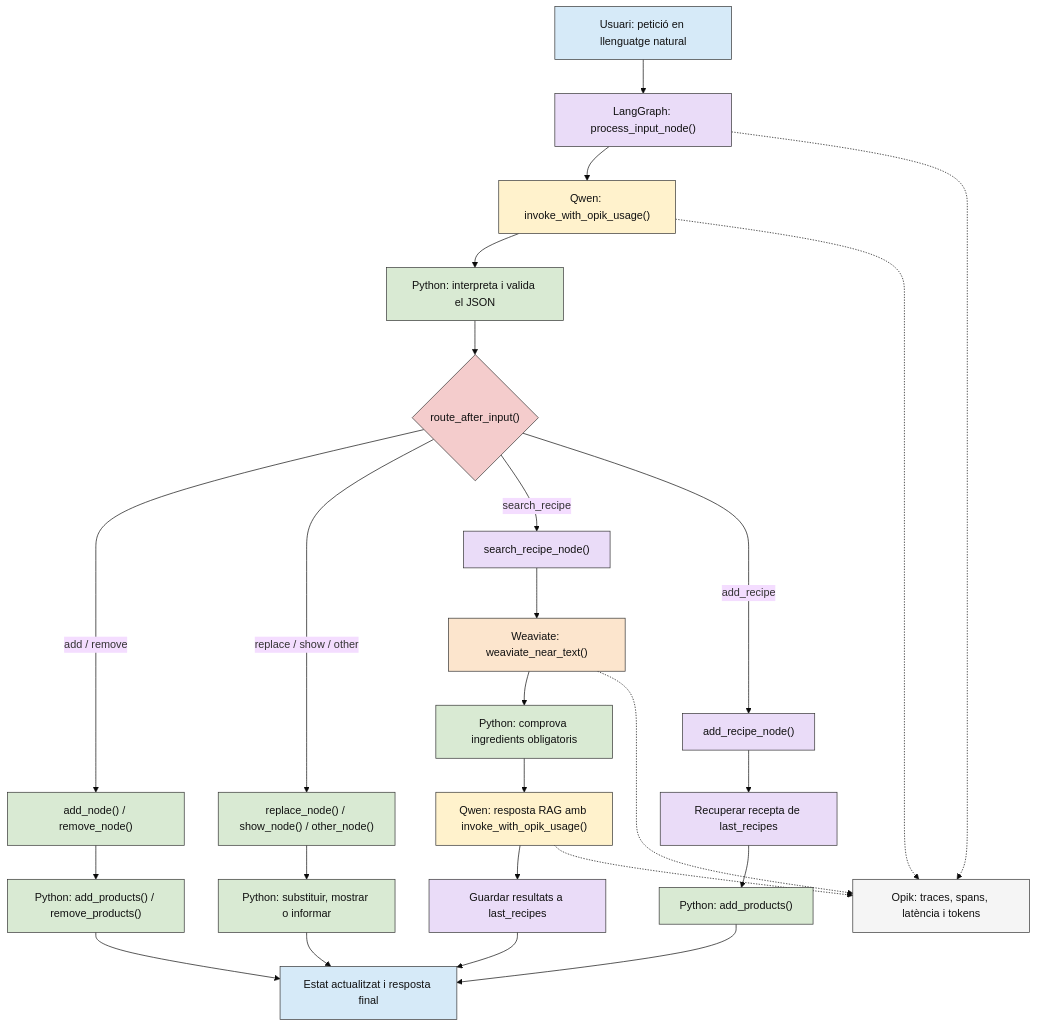
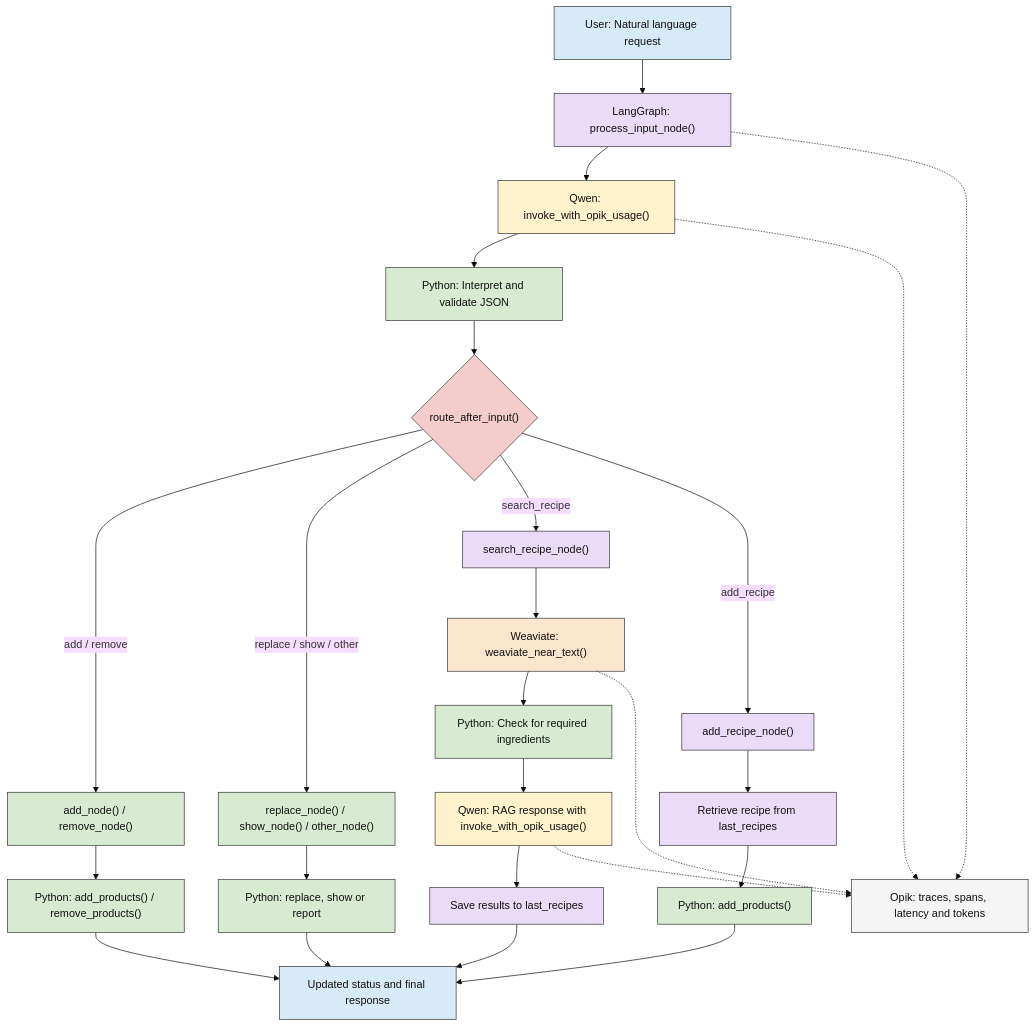
One commit to eetac/Visual_tools_for_AI changed the tenth of 15 diagrams in AI_Observability/docs/08_examples.md. Above: the diagram before and after it, drawn with Mermaid (base theme). The commit also changed other lines of this file and 31 other files, not shown here.

````diff
--- a/AI_Observability/docs/08_examples.md
+++ b/AI_Observability/docs/08_examples.md
@@ -1004,56 +1004,56 @@
 ```mermaid
 flowchart TD
-    U["Usuari: petició en llenguatge natural"] --> P["LangGraph: process_input_node()"]
+    U["User: Natural language request"] --> P["LangGraph: process_input_node()"]
     P --> L["Qwen: invoke_with_opik_usage()"]
-    L --> J["Python: interpreta i valida el JSON"]
+    L --> J["Python: Interpret and validate JSON"]
     J --> R{"route_after_input()"}
 
-    %% GESTIÓ DE LA LLISTA DE COMPRA
+    %% SHOPPING LIST MANAGEMENT
     R -->|add / remove| A["add_node() / remove_node()"]
     A --> AP["Python: add_products() / remove_products()"]
 
     R -->|replace / show / other| B["replace_node() / show_node() / other_node()"]
-    B --> BP["Python: substituir, mostrar o informar"]
+    B --> BP["Python: replace, show or report"]
 
-    %% CERCA DE RECEPTES AMB RAG
+    %% RECIPE SEARCH WITH RAG
     R -->|search_recipe| S["search_recipe_node()"]
     S --> W["Weaviate: weaviate_near_text()"]
-    W --> V["Python: comprova ingredients obligatoris"]
-    V --> Q["Qwen: resposta RAG amb invoke_with_opik_usage()"]
-    Q --> LR["Guardar resultats a last_recipes"]
+    W --> V["Python: Check for required ingredients"]
+    V --> Q["Qwen: RAG response with invoke_with_opik_usage()"]
+    Q --> LR["Save results to last_recipes"]
 
-    %% AFEGIR INGREDIENTS D'UNA RECEPTA
+    %% ADD RECIPE INGREDIENTS
     R -->|add_recipe| AR["add_recipe_node()"]
-    AR --> LS["Recuperar recepta de last_recipes"]
+    AR --> LS["Retrieve recipe from last_recipes"]
     LS --> ADD["Python: add_products()"]
 
-    %% RESPOSTA FINAL
-    AP --> F["Estat actualitzat i resposta final"]
+    %% FINAL RESPONSE
+    AP --> F["Updated status and final response"]
     BP --> F
     LR --> F
     ADD --> F
 
-    %% OBSERVABILITAT
-    OP["Opik: traces, spans, latència i tokens"]
+    %% OBSERVABILITY
+    OP["Opik: traces, spans, latency and tokens"]
     P -.-> OP
     L -.-> OP
     W -.-> OP
     Q -.-> OP
 
     %% COLORS
     class U,F entrada
     class P,S,AR,LS,LR servei
     class L,Q llm
     class R decisio
     class J,A,B,AP,BP,V,ADD python
     class W agent
     class OP opik
 
     classDef entrada fill:#D6EAF8,stroke:#333333,color:#111111
     classDef llm fill:#FFF2CC,stroke:#333333,color:#111111
     classDef python fill:#D9EAD3,stroke:#333333,color:#111111
     classDef decisio fill:#F4CCCC,stroke:#333333,color:#111111
     classDef servei fill:#EADCF8,stroke:#333333,color:#111111
     classDef agent fill:#FCE5CD,stroke:#333333,color:#111111
     classDef opik fill:#F5F5F5,stroke:#333333,color:#111111
 ```
````
